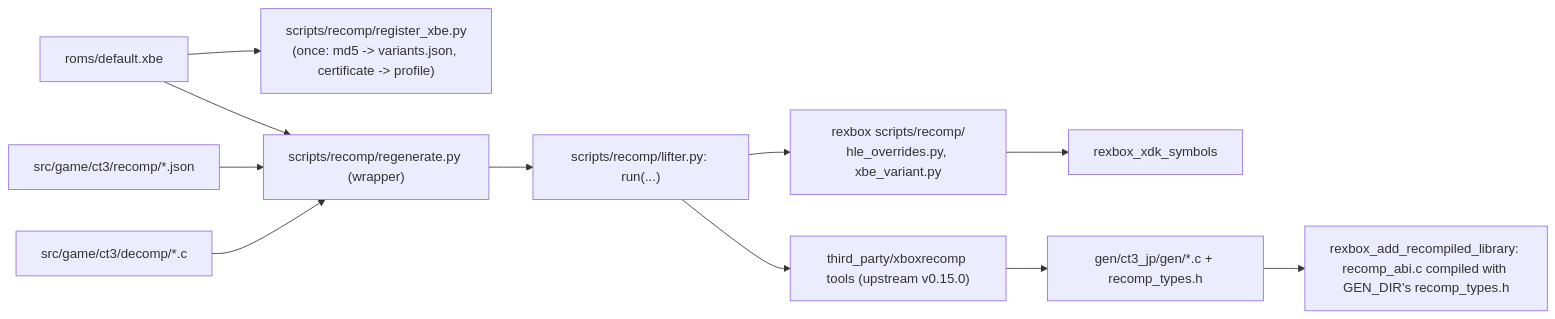
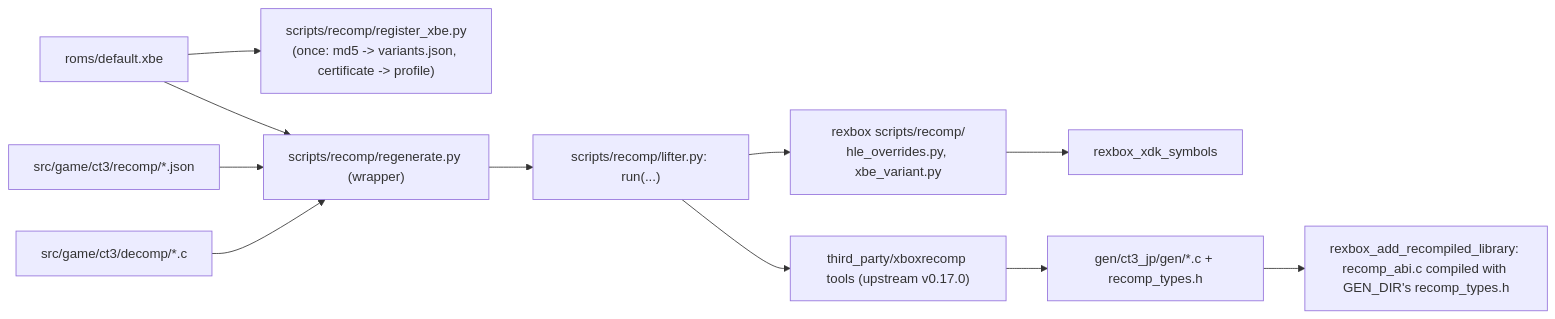
One commit to reexec/reCT3 changed the second of 2 diagrams in ARCHITECTURE.md. Above: the diagram before and after it, drawn with Mermaid. The commit also changed other lines of this file and 12 other files, not shown here.

````diff
--- a/ARCHITECTURE.md
+++ b/ARCHITECTURE.md
@@ -43,13 +43,13 @@
 ```mermaid
 flowchart LR
     XBE["roms/default.xbe"] --> REG["scripts/recomp/register_xbe.py<br/>(once: md5 -> variants.json, certificate -> profile)"]
     XBE --> REGEN["scripts/recomp/regenerate.py (wrapper)"]
     CFG["src/game/ct3/recomp/*.json"] --> REGEN
     DECOMP["src/game/ct3/decomp/*.c"] --> REGEN
     REGEN --> LIFT["scripts/recomp/lifter.py: run(...)"]
-    LIFT --> TOOLS["third_party/xboxrecomp tools (upstream v0.15.0)"]
+    LIFT --> TOOLS["third_party/xboxrecomp tools (upstream v0.17.0)"]
     LIFT --> HELP["rexbox scripts/recomp/<br/>hle_overrides.py, xbe_variant.py"]
     HELP --> SYM["rexbox_xdk_symbols"]
     TOOLS --> GEN["gen/ct3_jp/gen/*.c + recomp_types.h"]
     GEN --> CMAKE["rexbox_add_recompiled_library: recomp_abi.c compiled with GEN_DIR's recomp_types.h"]
 ```
````
